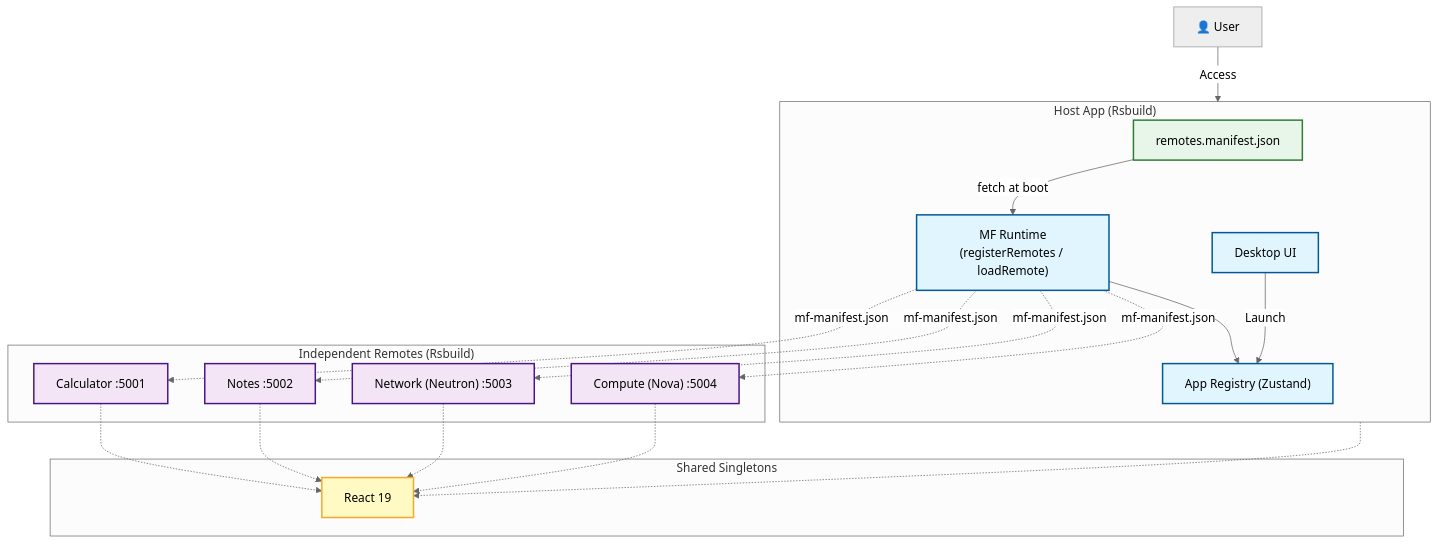
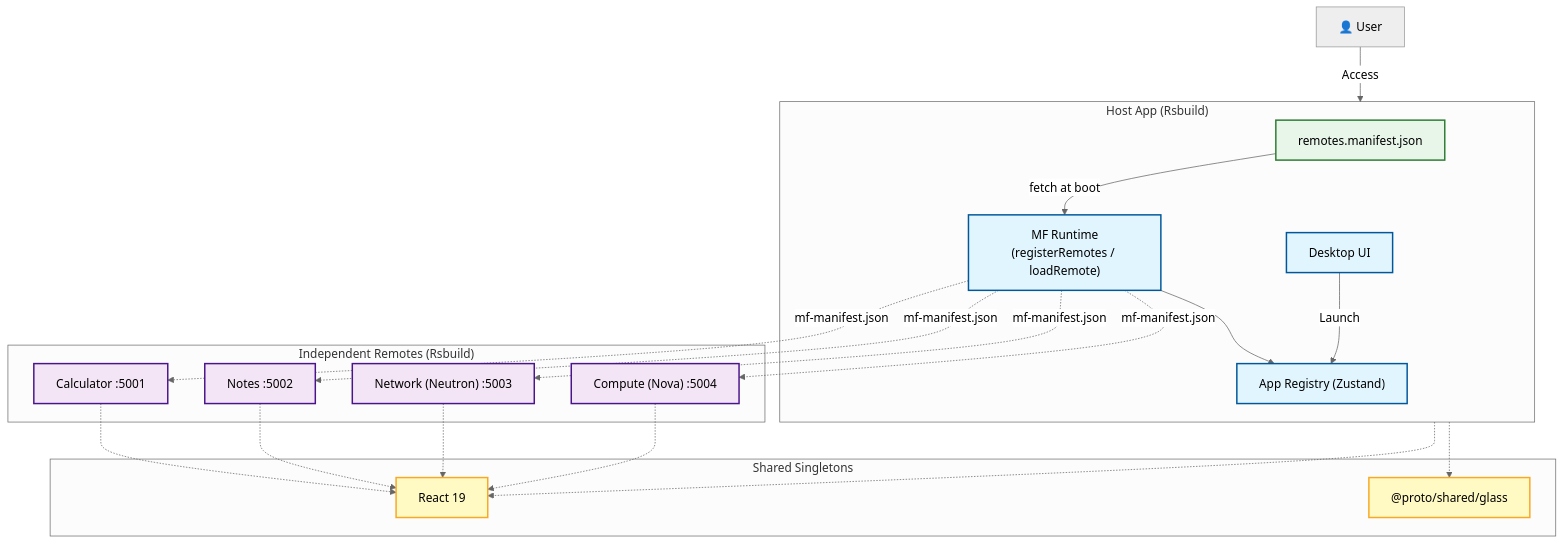
The diagram in README.md (KBH-js/proto), drawn with Mermaid (neutral theme) before and after one commit. The commit also changed 30 other files, not shown here.

````diff
--- a/README.md
+++ b/README.md
@@ -23,45 +23,47 @@
 ```mermaid
 graph TD
     classDef host fill:#e1f5fe,stroke:#01579b,stroke-width:2px
     classDef remote fill:#f3e5f5,stroke:#4a148c,stroke-width:2px
     classDef shared fill:#fff9c4,stroke:#f9a825,stroke-width:2px
     classDef manifest fill:#e8f5e9,stroke:#2e7d32,stroke-width:2px
 
     User["👤 User"] -->|Access| Host
 
     subgraph Host ["Host App (Rsbuild)"]
         Manifest["remotes.manifest.json"]
         Runtime["MF Runtime<br/>(registerRemotes / loadRemote)"]
         Registry["App Registry (Zustand)"]
         Desktop["Desktop UI"]
         Manifest -->|fetch at boot| Runtime
         Runtime --> Registry
         Desktop -->|Launch| Registry
     end
 
     subgraph Remotes ["Independent Remotes (Rsbuild)"]
         Calc["Calculator :5001"]
         Notes["Notes :5002"]
         Net["Network (Neutron) :5003"]
         Comp["Compute (Nova) :5004"]
     end
 
     subgraph Shared ["Shared Singletons"]
         ReactLib[React 19]
+        GlassLib["@proto/shared/glass"]
     end
 
     Runtime -.->|mf-manifest.json| Calc
     Runtime -.->|mf-manifest.json| Notes
     Runtime -.->|mf-manifest.json| Net
     Runtime -.->|mf-manifest.json| Comp
     Host -.-> ReactLib
+    Host -.-> GlassLib
     Calc -.-> ReactLib
     Notes -.-> ReactLib
     Net -.-> ReactLib
     Comp -.-> ReactLib
 
     class Manifest manifest
     class Runtime,Registry,Desktop host
     class Calc,Notes,Net,Comp remote
-    class ReactLib shared
+    class ReactLib,GlassLib shared
 ```
````
